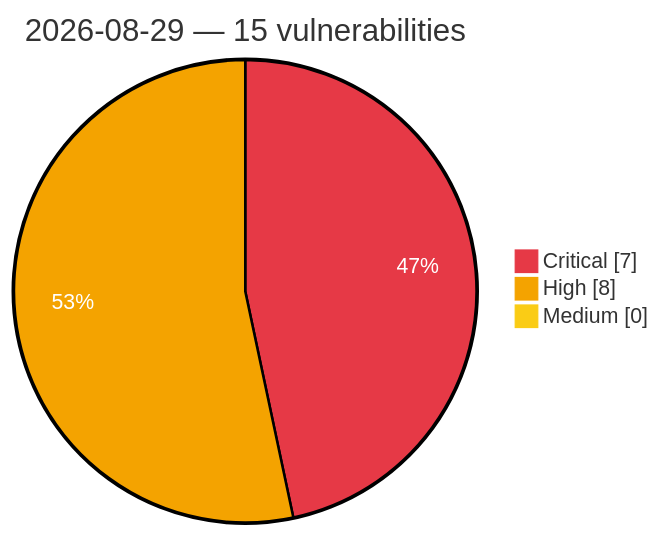
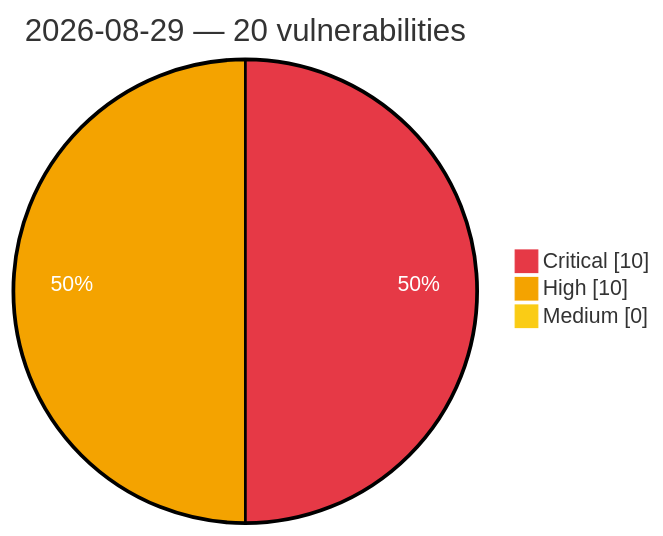
Before and after one commit to GhostX0X/vuln-tracker: the diagram in vulnerabilities/2026/August/2026-08-29.md, drawn with Mermaid. The commit also changed other lines of this file and 5 other files, not shown here.

Commit message:
Auto update: critical/high vulns (2026-08-30 05:53 UTC)

````diff
--- a/vulnerabilities/2026/August/2026-08-29.md
+++ b/vulnerabilities/2026/August/2026-08-29.md
@@ -3,8 +3,8 @@
 ```mermaid
 %%{init: {'theme':'base', 'themeVariables': {'pie1':'#e63946', 'pie2':'#f4a300', 'pie3':'#facc15', 'pieOpacity':'1', 'pieOuterStrokeWidth':'2px', 'pieSectionTextColor':'#ffffff'}}}%%
 pie showData
-    title 2026-08-29 — 15 vulnerabilities
-    "Critical" : 7
-    "High" : 8
+    title 2026-08-29 — 20 vulnerabilities
+    "Critical" : 10
+    "High" : 10
     "Medium" : 0
 ```
````
